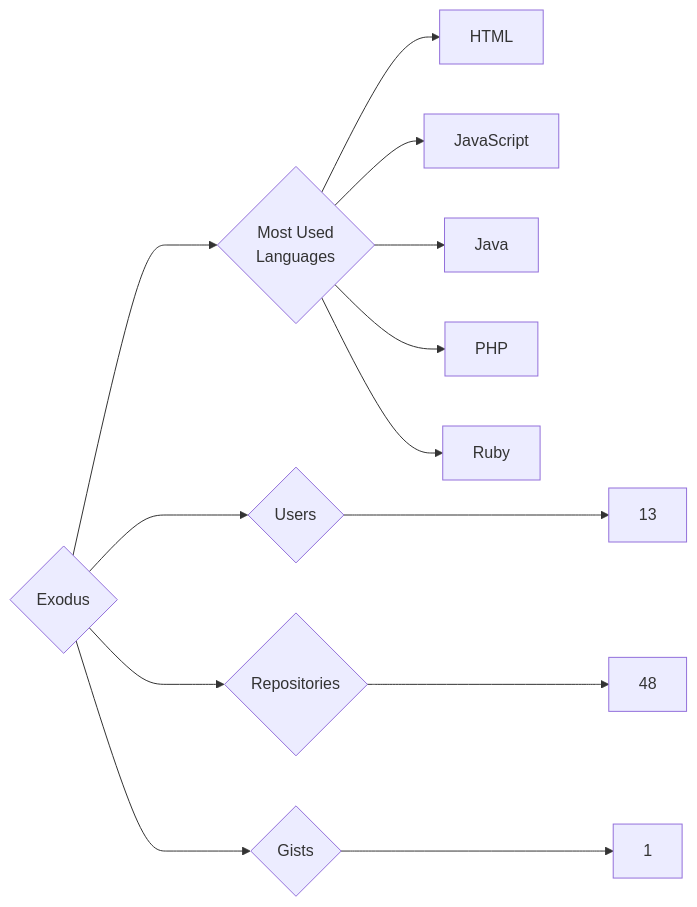
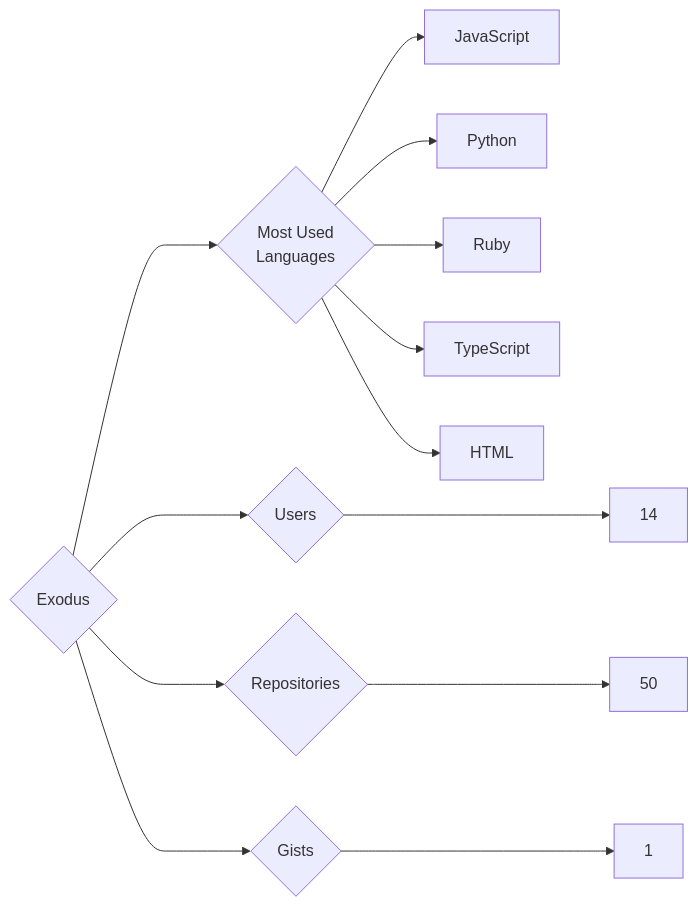
Before and after one commit to trickest/insiders: the diagram in targets/Exodus/README.md, drawn with Mermaid. The commit also changed 720 other files, not shown here.

````diff
--- a/targets/Exodus/README.md
+++ b/targets/Exodus/README.md
@@ -3,13 +3,13 @@
 ```mermaid
 graph LR
 COMPANY_NAME{Exodus}
-COMPANY_NAME ---> U{Users} ---> UN[13]
-COMPANY_NAME ---> R{Repositories} ---> RN[48]
+COMPANY_NAME ---> U{Users} ---> UN[14]
+COMPANY_NAME ---> R{Repositories} ---> RN[50]
 COMPANY_NAME ---> G{Gists} ---> GN[1]
 COMPANY_NAME ---> ML{Most Used<br>Languages}
+ML --> JavaScript[JavaScript]
+ML --> Python[Python]
+ML --> Ruby[Ruby]
+ML --> TypeScript[TypeScript]
 ML --> HTML[HTML]
-ML --> JavaScript[JavaScript]
-ML --> Java[Java]
-ML --> PHP[PHP]
-ML --> Ruby[Ruby]
 ```
````
